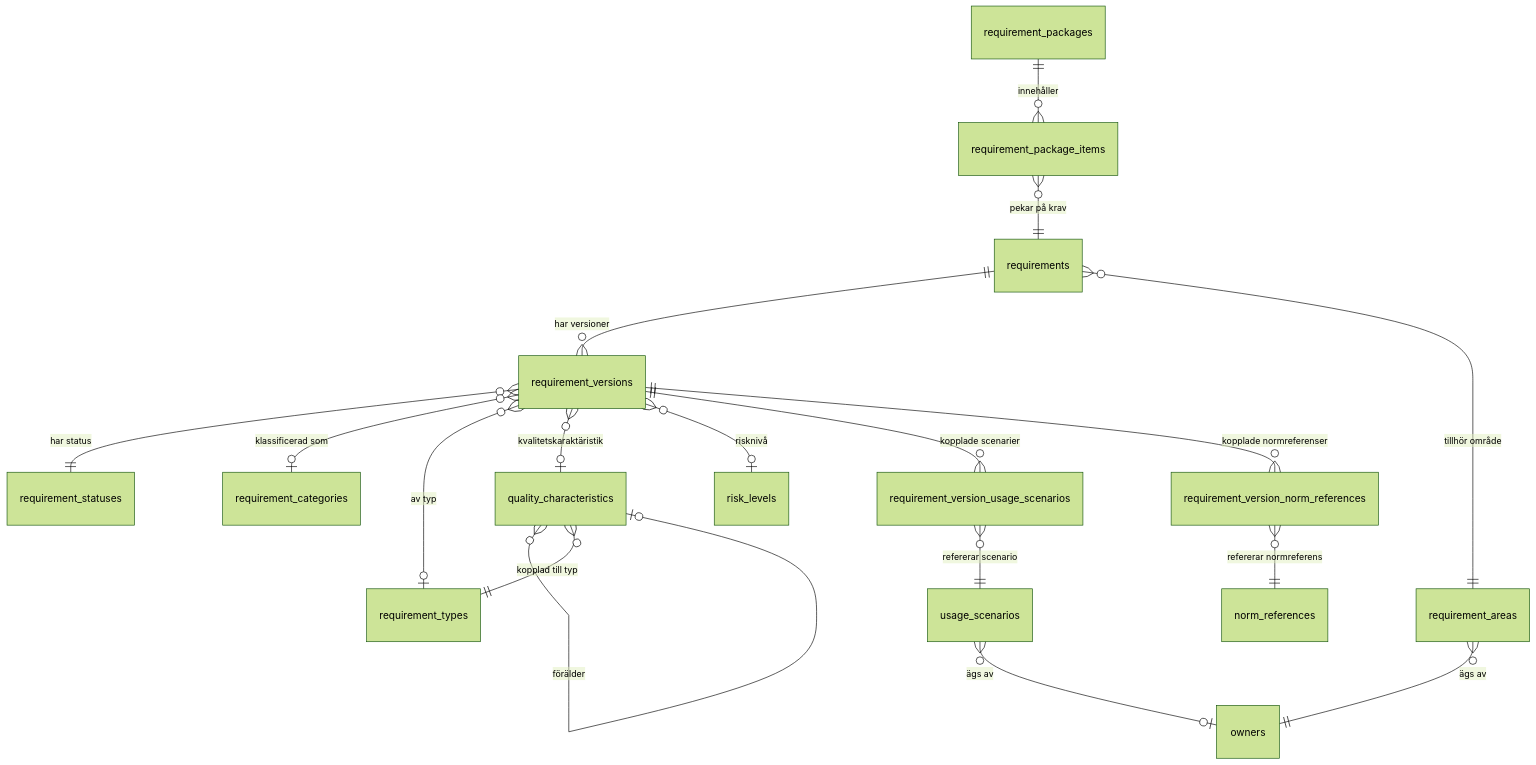
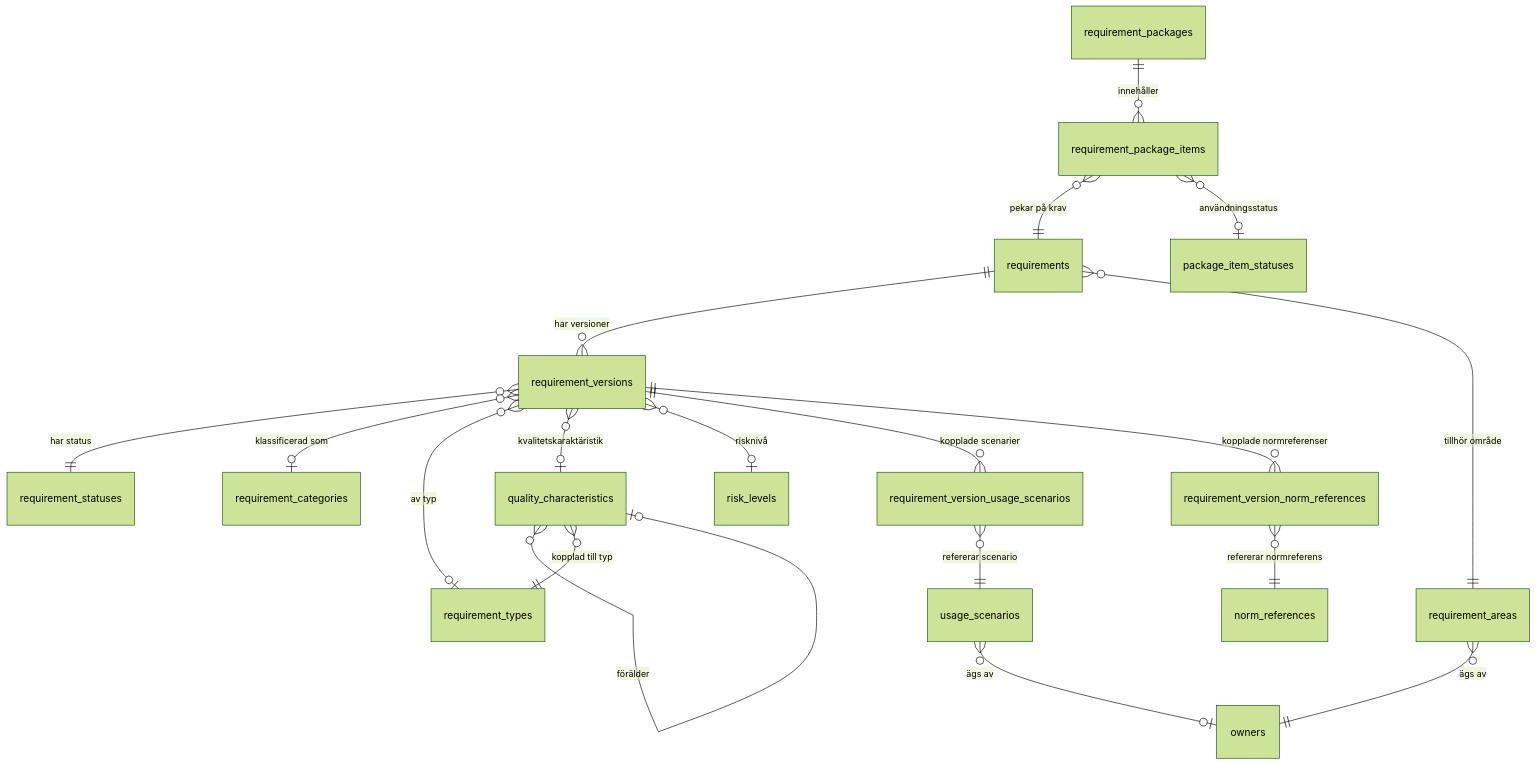
One commit to viscalyx/Kravhantering changed the fourth of 4 diagrams in docs/arkitekturbeskrivning-kravhantering.md. Above: the diagram before and after it, drawn with Mermaid (forest theme). The commit also changed 30 other files, not shown here.

First line of the commit message:
feat: add package item statuses management

````diff
--- a/docs/arkitekturbeskrivning-kravhantering.md
+++ b/docs/arkitekturbeskrivning-kravhantering.md
@@ -534,20 +534,21 @@
 ```mermaid
 erDiagram
     requirements ||--o{ requirement_versions : "har versioner"
     requirements }o--|| requirement_areas : "tillhör område"
     requirement_versions }o--|| requirement_statuses : "har status"
     requirement_versions }o--o| requirement_categories : "klassificerad som"
     requirement_versions }o--o| requirement_types : "av typ"
     requirement_versions }o--o| quality_characteristics : "kvalitetskaraktäristik"
     requirement_versions }o--o| risk_levels : "risknivå"
     requirement_versions ||--o{ requirement_version_usage_scenarios : "kopplade scenarier"
     requirement_version_usage_scenarios }o--|| usage_scenarios : "refererar scenario"
     requirement_versions ||--o{ requirement_version_norm_references : "kopplade normreferenser"
     requirement_version_norm_references }o--|| norm_references : "refererar normreferens"
     requirement_areas }o--|| owners : "ägs av"
     usage_scenarios }o--o| owners : "ägs av"
     quality_characteristics }o--o| quality_characteristics : "förälder"
     quality_characteristics }o--|| requirement_types : "kopplad till typ"
     requirement_packages ||--o{ requirement_package_items : "innehåller"
     requirement_package_items }o--|| requirements : "pekar på krav"
+    requirement_package_items }o--o| package_item_statuses : "användningsstatus"
 ```
````
